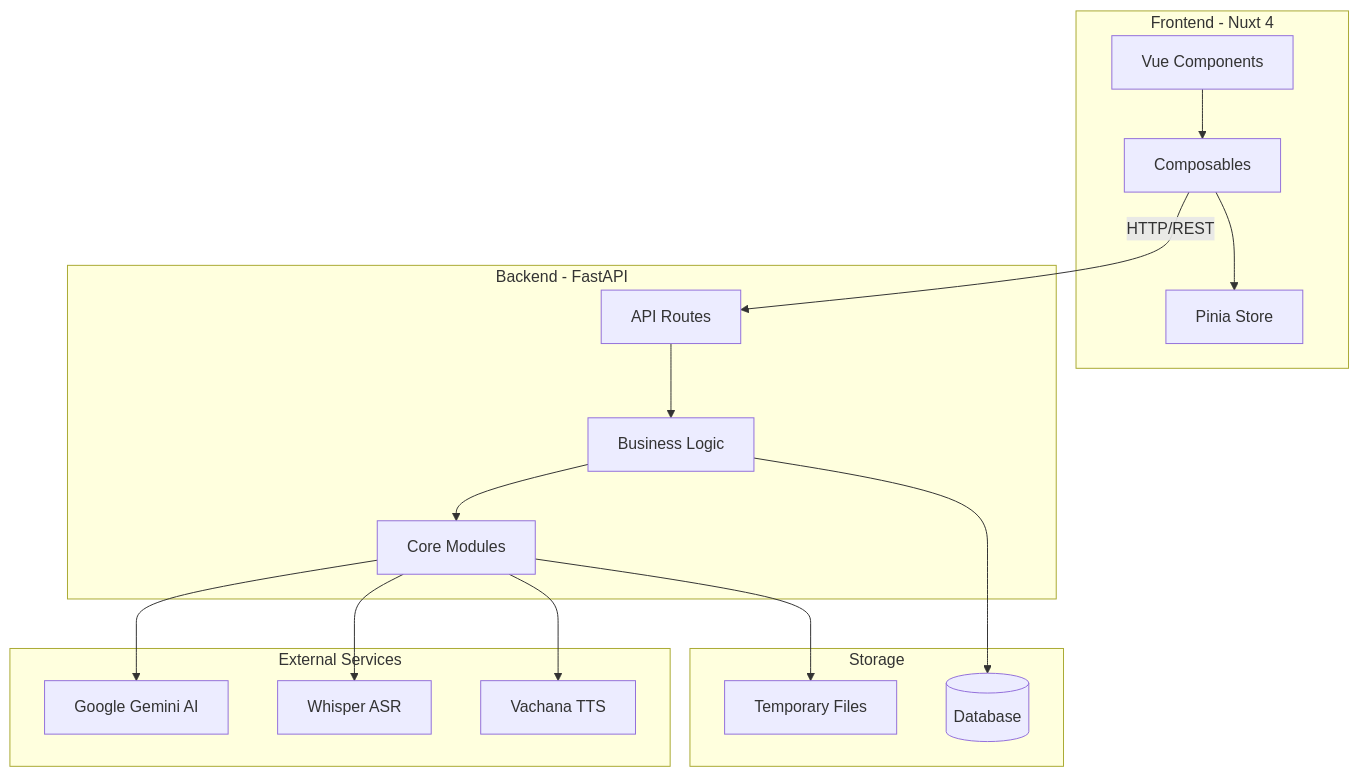
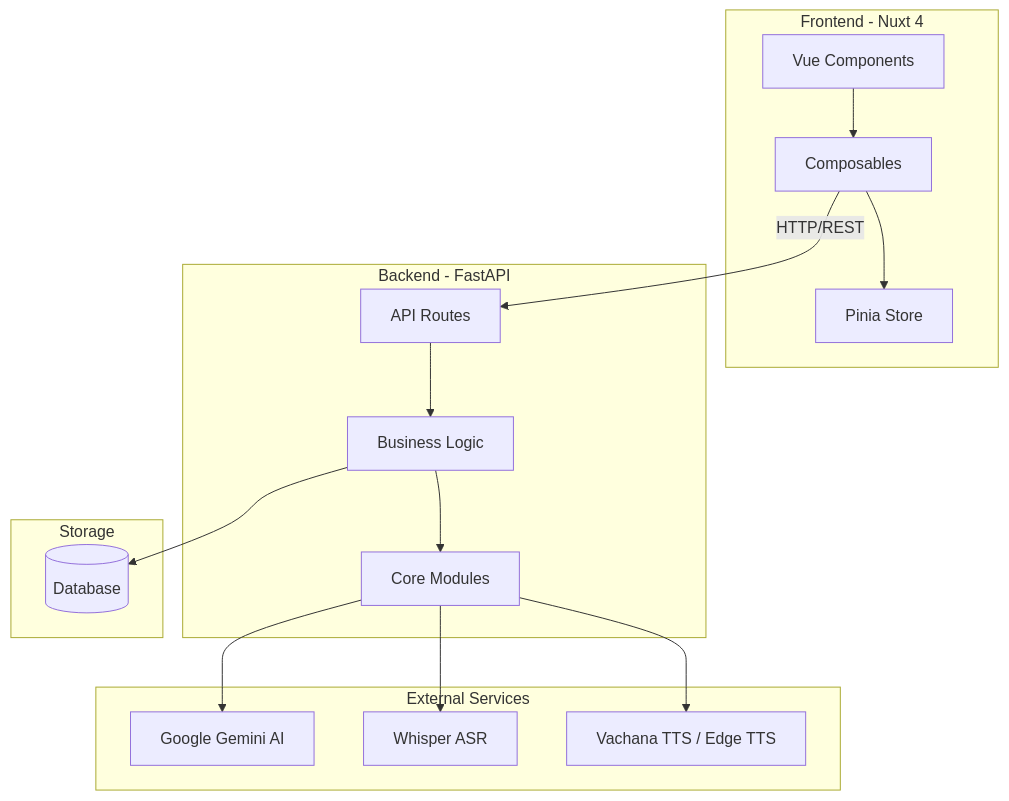
The diagram in docs/architecture/overview.md (folknawatt/ai-interview), drawn with Mermaid before and after one commit. The commit also changed other lines of this file and 2 other files, not shown here.

Commit message:
- Rewrote API documentation (api/README.md). - Updated Architecture overview (architecture/overview.md). - Rewrote DOCKER_DEPLOYMENT.md

````diff
--- a/docs/architecture/overview.md
+++ b/docs/architecture/overview.md
@@ -7,37 +7,34 @@
 ```mermaid
 graph TB
     subgraph "Frontend - Nuxt 4"
         UI[Vue Components]
         Store[Pinia Store]
         Composables[Composables]
         UI --> Composables
         Composables --> Store
     end
 
     subgraph "Backend - FastAPI"
         API[API Routes]
         Services[Business Logic]
         Core[Core Modules]
-
         API --> Services
         Services --> Core
     end
 
     subgraph "External Services"
         Gemini[Google Gemini AI]
         Whisper[Whisper ASR]
-        TTS[Vachana TTS]
+        TTS[Vachana TTS / Edge TTS]
     end
 
     subgraph "Storage"
-        TempStorage[Temporary Files]
         Database[(Database)]
     end
 
     Composables -->|HTTP/REST| API
     Core --> Gemini
     Core --> Whisper
     Core --> TTS
     Services --> Database
-    Core --> TempStorage
 ```
````
